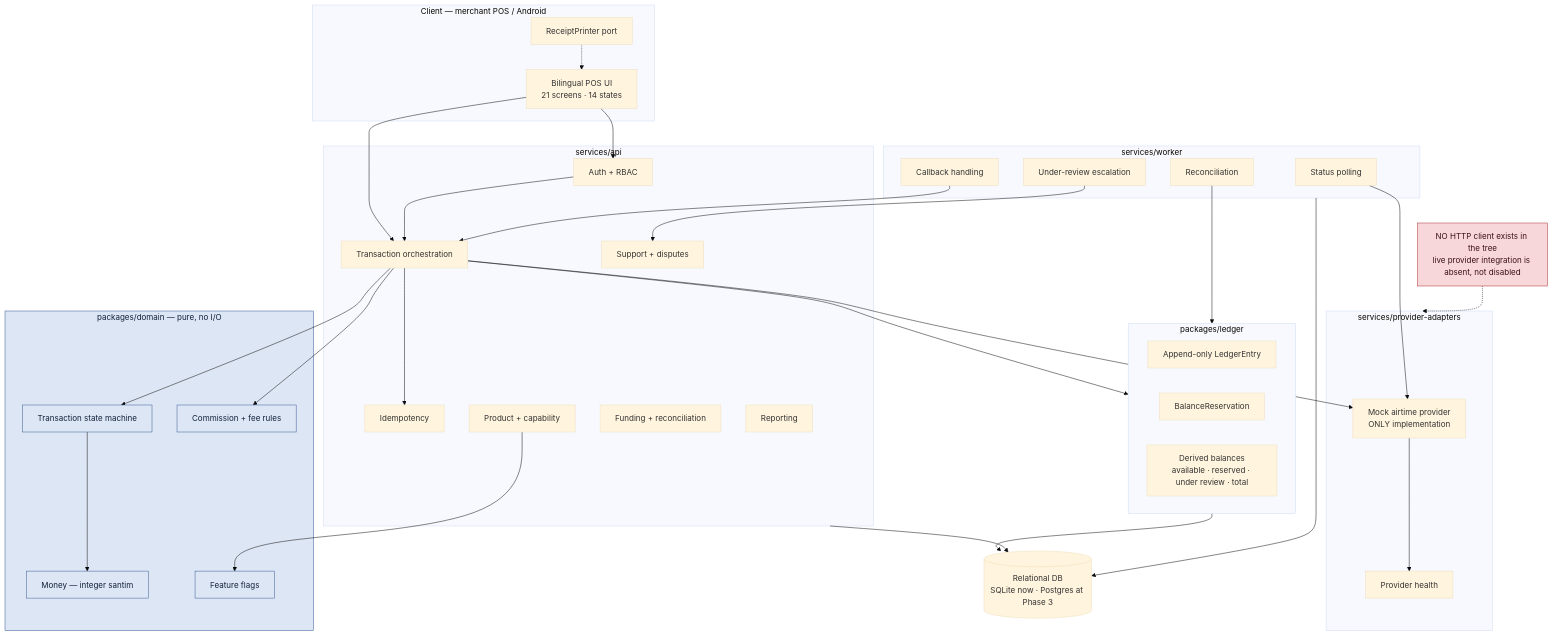
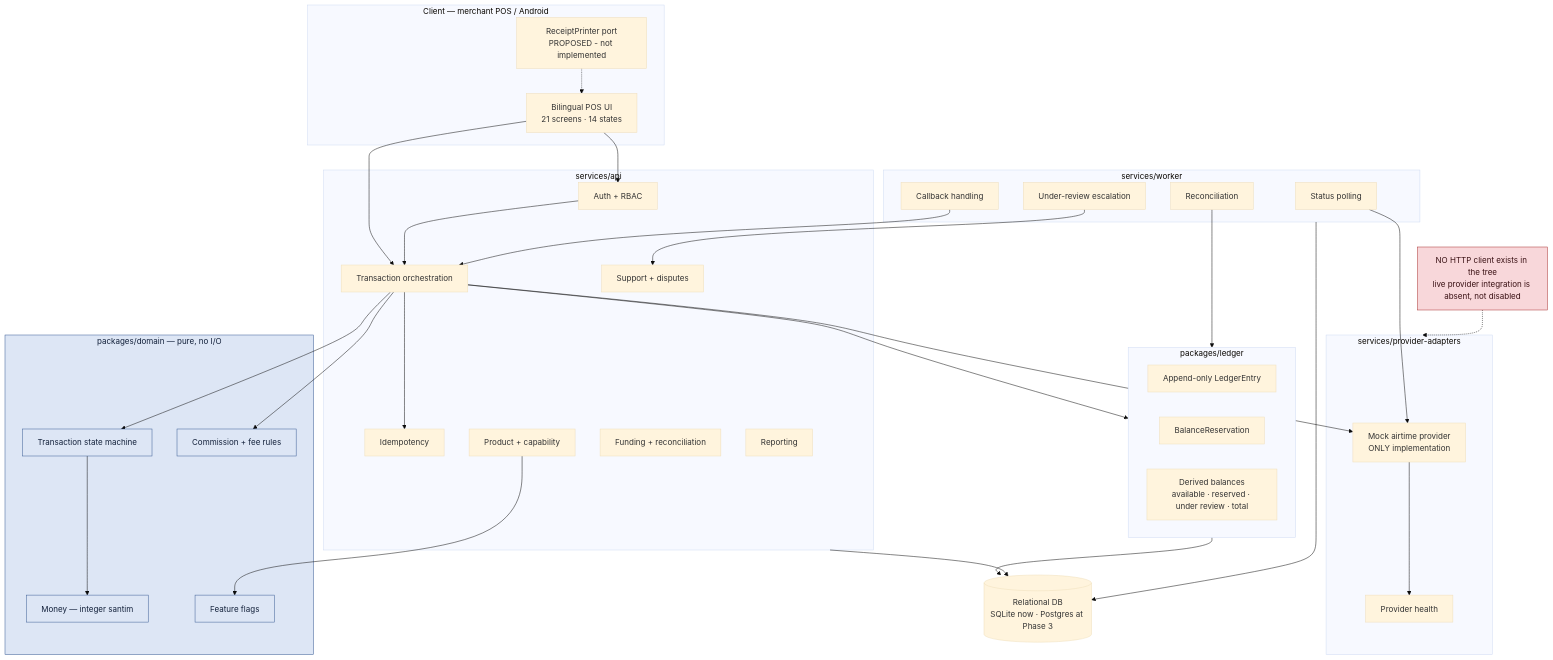
Before and after one commit to Ethan5322/Telga: the diagram in docs/obsidian/09 Engineering/Architecture.md, drawn with Mermaid (base theme). The commit also changed other lines of this file and 5 other files, not shown here.

````diff
--- a/docs/obsidian/09 Engineering/Architecture.md
+++ b/docs/obsidian/09 Engineering/Architecture.md
@@ -29,72 +29,72 @@
 ```mermaid
 flowchart TD
     subgraph CLIENT["Client — merchant POS / Android"]
         UI["Bilingual POS UI<br/>21 screens · 14 states"]
-        PRINT["ReceiptPrinter port"]
+        PRINT["ReceiptPrinter port<br/>PROPOSED - not implemented"]
     end
 
     subgraph API["services/api"]
         AUTH["Auth + RBAC"]
         ORCH["Transaction orchestration"]
         IDEM["Idempotency"]
         CAT["Product + capability"]
         SUP["Support + disputes"]
         FUND["Funding + reconciliation"]
         REP["Reporting"]
     end
 
     subgraph DOMAIN["packages/domain — pure, no I/O"]
         SM["Transaction state machine"]
         MONEY["Money — integer santim"]
         RULES["Commission + fee rules"]
         FLAGS["Feature flags"]
     end
 
     subgraph LEDGER["packages/ledger"]
         ENTRIES["Append-only LedgerEntry"]
         RESV["BalanceReservation"]
         VIEWS["Derived balances<br/>available · reserved · under review · total"]
     end
 
     subgraph ADAPTERS["services/provider-adapters"]
         MOCK["Mock airtime provider<br/>ONLY implementation"]
         HEALTH["Provider health"]
     end
 
     subgraph WORKER["services/worker"]
         POLL["Status polling"]
         CB["Callback handling"]
         RECON["Reconciliation"]
         ESC["Under-review escalation"]
     end
 
     DB[("Relational DB<br/>SQLite now · Postgres at Phase 3")]
 
     UI --> AUTH
     UI --> ORCH
     PRINT -.-> UI
     AUTH --> ORCH
     ORCH --> IDEM
     ORCH --> SM
     ORCH --> LEDGER
     ORCH --> MOCK
     SM --> MONEY
     ORCH --> RULES
     CAT --> FLAGS
     MOCK --> HEALTH
     POLL --> MOCK
     CB --> ORCH
     RECON --> LEDGER
     ESC --> SUP
     LEDGER --> DB
     API --> DB
     WORKER --> DB
 
     NOLIVE["NO HTTP client exists in the tree<br/>live provider integration is absent, not disabled"]
     NOLIVE -.-> ADAPTERS
 
     classDef pure fill:#dde6f5,stroke:#3a5c94,color:#12203a
     classDef safe fill:#f8d7da,stroke:#a33,color:#3a1114
     class DOMAIN,SM,MONEY,RULES,FLAGS pure
     class NOLIVE safe
 ```
````
